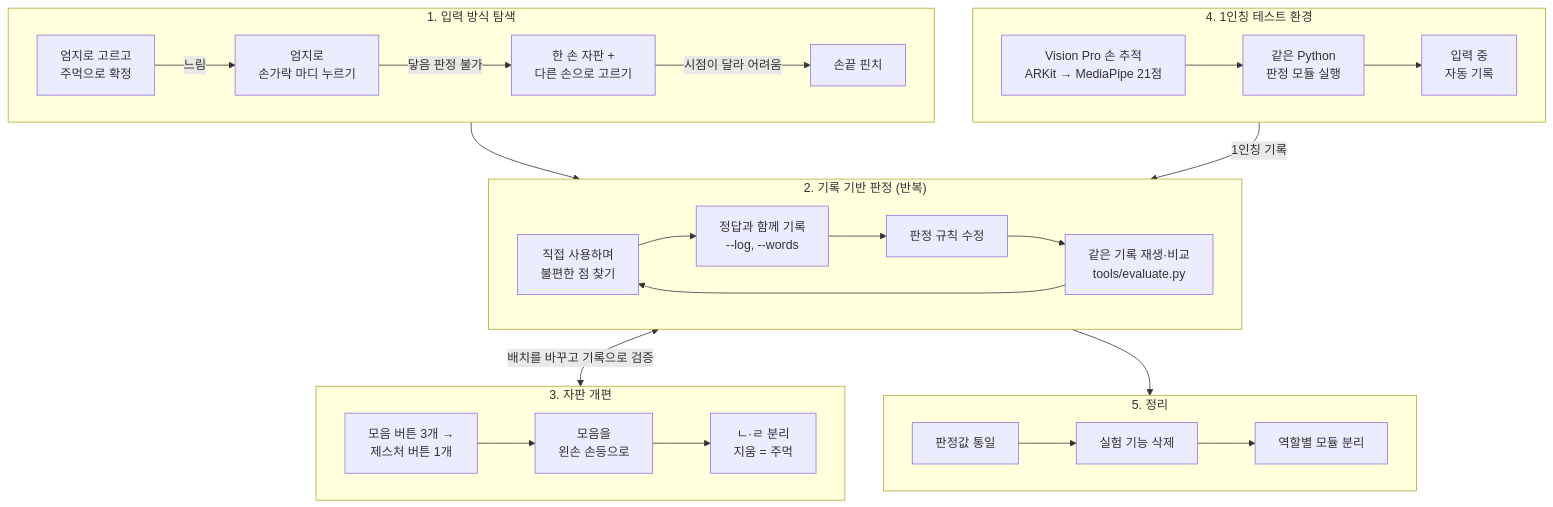
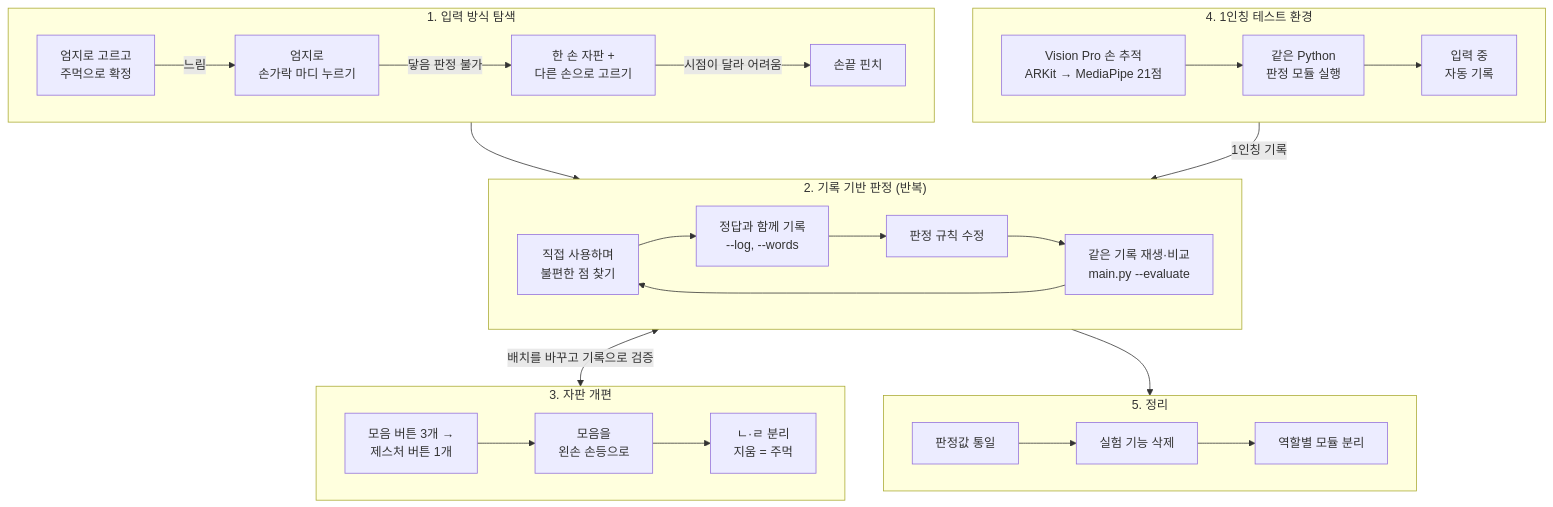
Before and after one commit to Nedian0Brien/OndeviceAI_Lecture: the second of 2 diagrams in Project01/README.md, drawn with Mermaid. The commit also changed other lines of this file and 4 other files, not shown here.

````diff
--- a/Project01/README.md
+++ b/Project01/README.md
@@ -277,35 +257,35 @@
 ```mermaid
 flowchart TB
     subgraph S1["1. 입력 방식 탐색"]
         direction LR
         A1["엄지로 고르고<br/>주먹으로 확정"] -->|"느림"| A2["엄지로<br/>손가락 마디 누르기"]
         A2 -->|"닿음 판정 불가"| A3["한 손 자판 +<br/>다른 손으로 고르기"]
         A3 -->|"시점이 달라 어려움"| A4["손끝 핀치"]
     end
     subgraph S2["2. 기록 기반 판정 (반복)"]
         direction LR
         B1["직접 사용하며<br/>불편한 점 찾기"] --> B2["정답과 함께 기록<br/>--log, --words"]
         B2 --> B3["판정 규칙 수정"]
-        B3 --> B4["같은 기록 재생·비교<br/>tools/evaluate.py"]
+        B3 --> B4["같은 기록 재생·비교<br/>main.py --evaluate"]
         B4 --> B1
     end
     subgraph S3["3. 자판 개편"]
         direction LR
         C1["모음 버튼 3개 →<br/>제스처 버튼 1개"] --> C2["모음을<br/>왼손 손등으로"]
         C2 --> C3["ㄴ·ㄹ 분리<br/>지움 = 주먹"]
     end
     subgraph S4["4. 1인칭 테스트 환경"]
         direction LR
         D1["Vision Pro 손 추적<br/>ARKit → MediaPipe 21점"] --> D2["같은 Python<br/>판정 모듈 실행"]
         D2 --> D3["입력 중<br/>자동 기록"]
     end
     subgraph S5["5. 정리"]
         direction LR
         E1["판정값 통일"] --> E2["실험 기능 삭제"]
         E2 --> E3["역할별 모듈 분리"]
     end
     S1 --> S2
     S2 <-->|"배치를 바꾸고 기록으로 검증"| S3
     S4 -->|"1인칭 기록"| S2
     S2 --> S5
 ```
````
